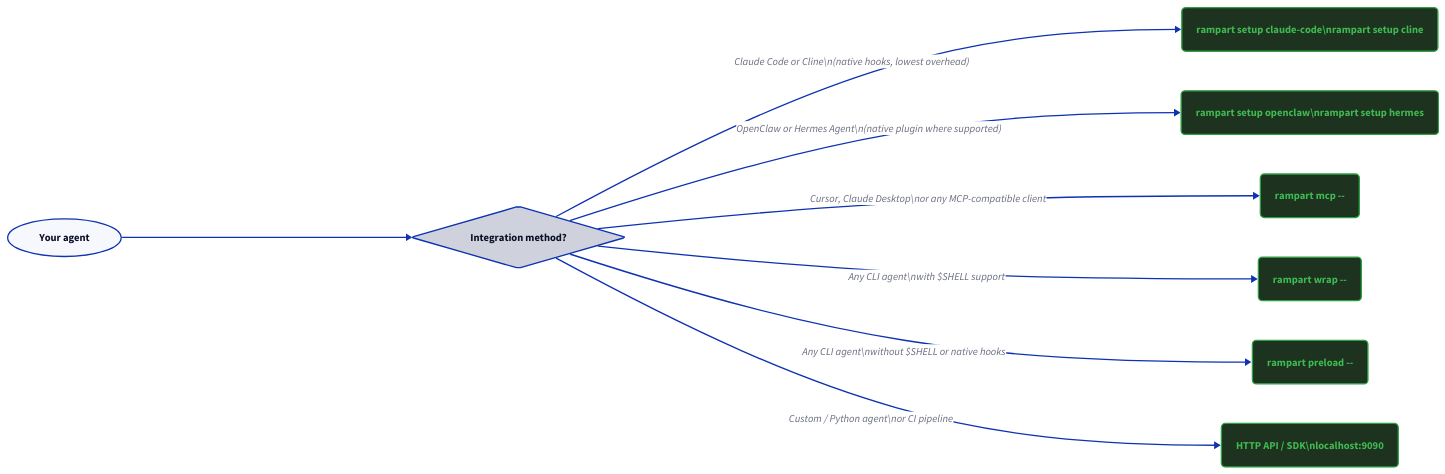
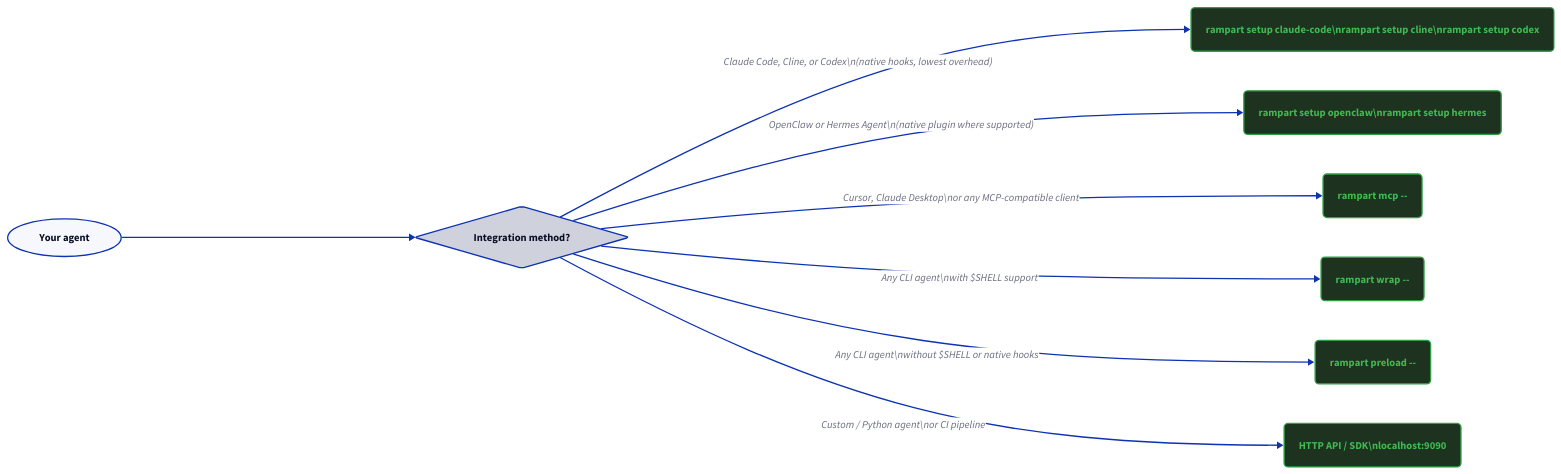
Before and after one commit to peg/rampart: the diagram in docs-site/integrations/index.md, drawn with D2. The commit also changed other lines of this file and 18 other files, not shown here.

````diff
--- a/docs-site/integrations/index.md
+++ b/docs-site/integrations/index.md
@@ -56,35 +55,35 @@
 ```d2
 direction: right
 
 start: "Your agent" {shape: oval}
 
 q: "Integration method?" {shape: diamond}
 
-hooks: "rampart setup claude-code\\nrampart setup cline" {
+hooks: "rampart setup claude-code\\nrampart setup cline\\nrampart setup codex" {
   style.fill: "#1d3320"; style.stroke: "#2ea043"; style.font-color: "#3fb950"; style.border-radius: 6
 }
 shim: "rampart setup openclaw\\nrampart setup hermes" {
   style.fill: "#1d3320"; style.stroke: "#2ea043"; style.font-color: "#3fb950"; style.border-radius: 6
 }
 mcp: "rampart mcp --" {
   style.fill: "#1d3320"; style.stroke: "#2ea043"; style.font-color: "#3fb950"; style.border-radius: 6
 }
 wrap: "rampart wrap --" {
   style.fill: "#1d3320"; style.stroke: "#2ea043"; style.font-color: "#3fb950"; style.border-radius: 6
 }
 preload: "rampart preload --" {
   style.fill: "#1d3320"; style.stroke: "#2ea043"; style.font-color: "#3fb950"; style.border-radius: 6
 }
 api: "HTTP API / SDK\\nlocalhost:9090" {
   style.fill: "#1d3320"; style.stroke: "#2ea043"; style.font-color: "#3fb950"; style.border-radius: 6
 }
 
 start -> q
 
-q -> hooks: "Claude Code or Cline\\n(native hooks, lowest overhead)"
+q -> hooks: "Claude Code, Cline, or Codex\\n(native hooks, lowest overhead)"
 q -> shim: "OpenClaw or Hermes Agent\\n(native plugin where supported)"
 q -> mcp: "Cursor, Claude Desktop\\nor any MCP-compatible client"
 q -> wrap: "Any CLI agent\\nwith \$SHELL support"
 q -> preload: "Any CLI agent\\nwithout \$SHELL or native hooks"
 q -> api: "Custom / Python agent\\nor CI pipeline"
 ```
````
